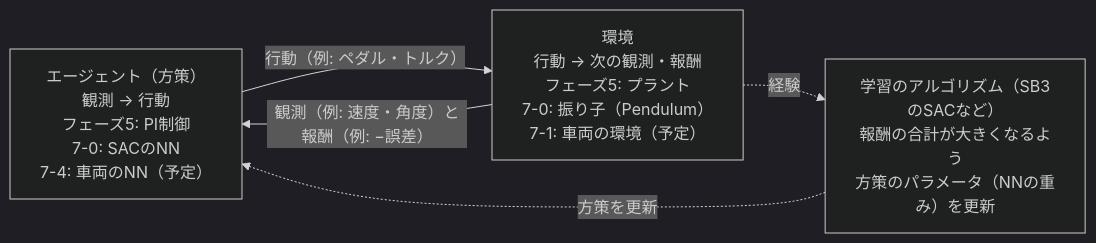
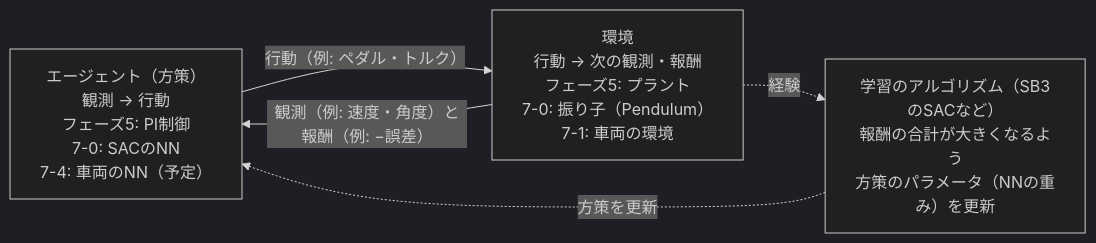
Before and after one commit to SanghunIm1991/ros2MinimalPhysicalAi: the diagram in docs/phase7_0_rl_intro.md, drawn with Mermaid (dark theme). The commit also changed other lines of this file and 6 other files, not shown here.

Commit message:
[claude] フェーズ7-1（車両のプラントとPI制御を、1秒ごとにゲインを選ぶGymnasiumの環境として包み、check_envで点検し、ゲインと収益の関係を調べる）と図を作成し、7-0の次への案内・README・学習計画・QA表を更新

````diff
--- a/docs/phase7_0_rl_intro.md
+++ b/docs/phase7_0_rl_intro.md
@@ -36,10 +36,10 @@
 ```mermaid
 flowchart LR
     AG["エージェント（方策）<br/>観測 → 行動<br/>フェーズ5: PI制御<br/>7-0: SACのNN<br/>7-4: 車両のNN（予定）"]
-    ENV["環境<br/>行動 → 次の観測・報酬<br/>フェーズ5: プラント<br/>7-0: 振り子（Pendulum）<br/>7-1: 車両の環境（予定）"]
+    ENV["環境<br/>行動 → 次の観測・報酬<br/>フェーズ5: プラント<br/>7-0: 振り子（Pendulum）<br/>7-1: 車両の環境"]
     LEARN["学習のアルゴリズム（SB3のSACなど）<br/>報酬の合計が大きくなるよう<br/>方策のパラメータ（NNの重み）を更新"]
     AG -- "行動（例: ペダル・トルク）" --> ENV
     ENV -- "観測（例: 速度・角度）と報酬（例: −誤差）" --> AG
     ENV -. "経験" .-> LEARN
     LEARN -. "方策を更新" .-> AG
 ```
````
